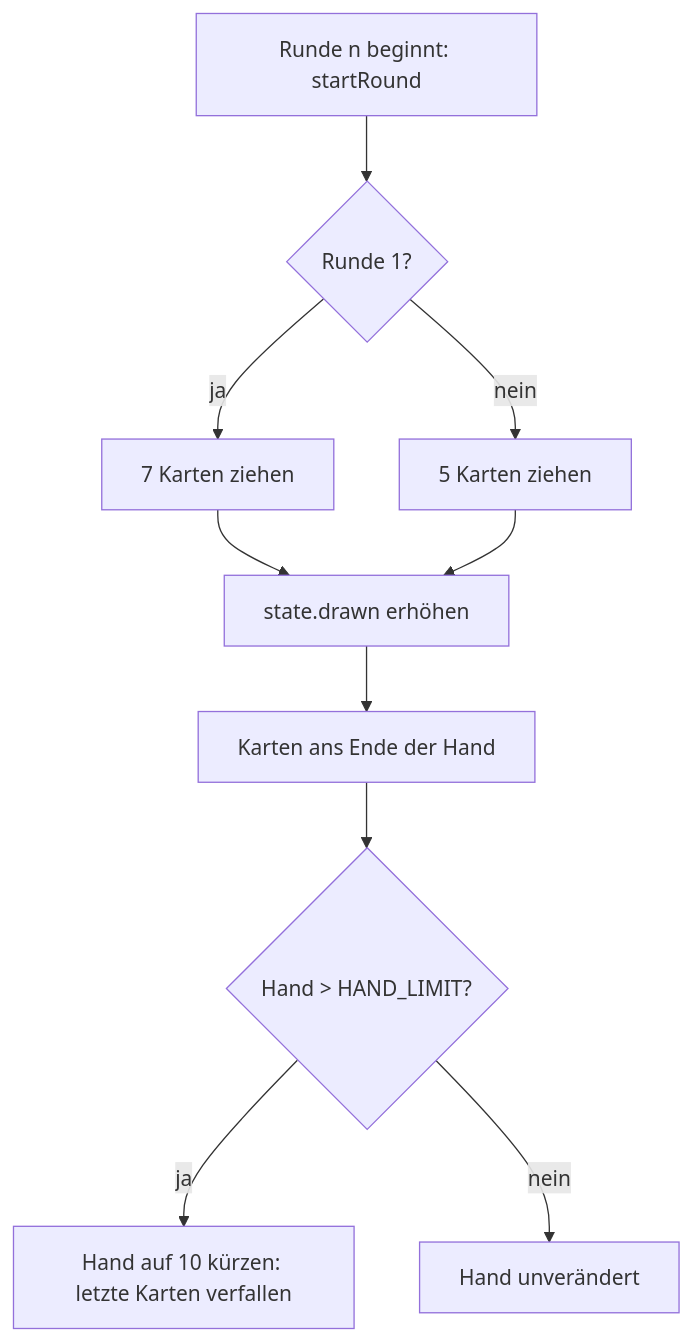
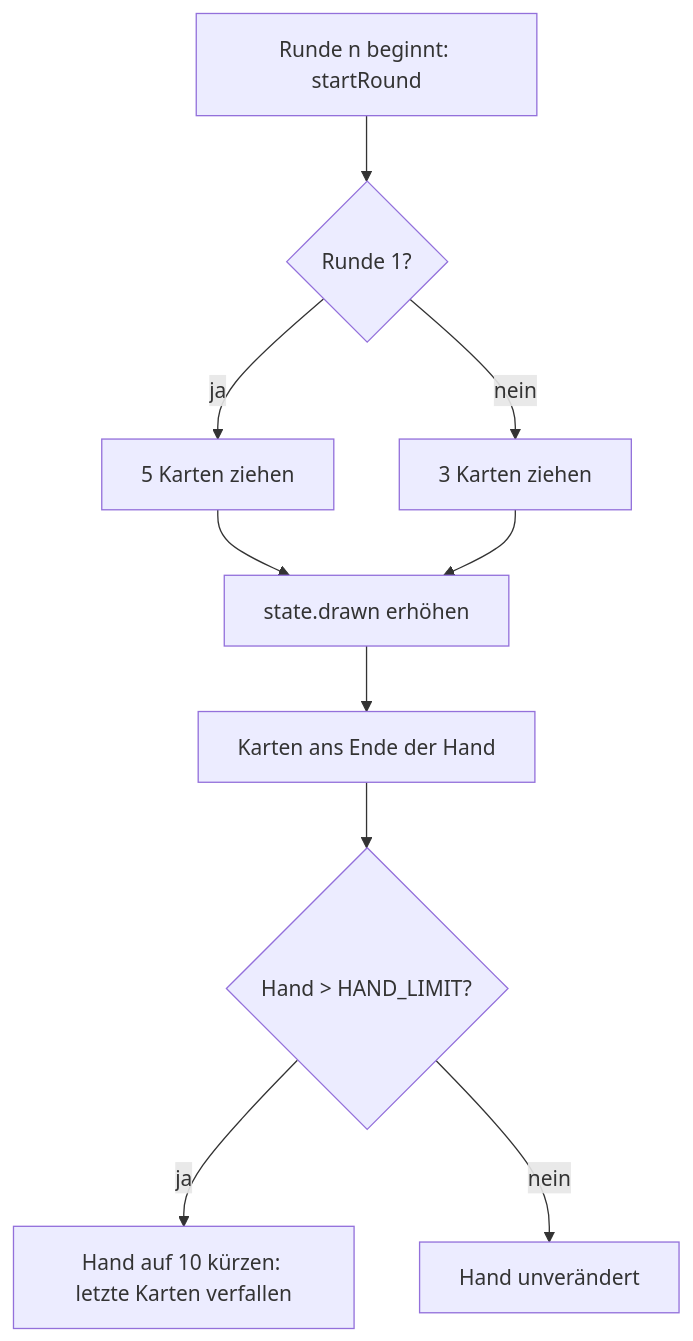
The diagram in docs/anwendung-handlimit.md (zaaaazzy/towerfield), drawn with Mermaid before and after one commit. The commit also changed other lines of this file and 5 other files, not shown here.

````diff
--- a/docs/anwendung-handlimit.md
+++ b/docs/anwendung-handlimit.md
@@ -17,12 +17,12 @@
 ```mermaid
 flowchart TD
     A[Runde n beginnt: startRound] --> B{Runde 1?}
-    B -- ja --> C[7 Karten ziehen]
-    B -- nein --> D[5 Karten ziehen]
+    B -- ja --> C[5 Karten ziehen]
+    B -- nein --> D[3 Karten ziehen]
     C --> E[state.drawn erhöhen]
     D --> E
     E --> F[Karten ans Ende der Hand]
     F --> G{Hand > HAND_LIMIT?}
     G -- ja --> H[Hand auf 10 kürzen: letzte Karten verfallen]
     G -- nein --> I[Hand unverändert]
 ```
````
